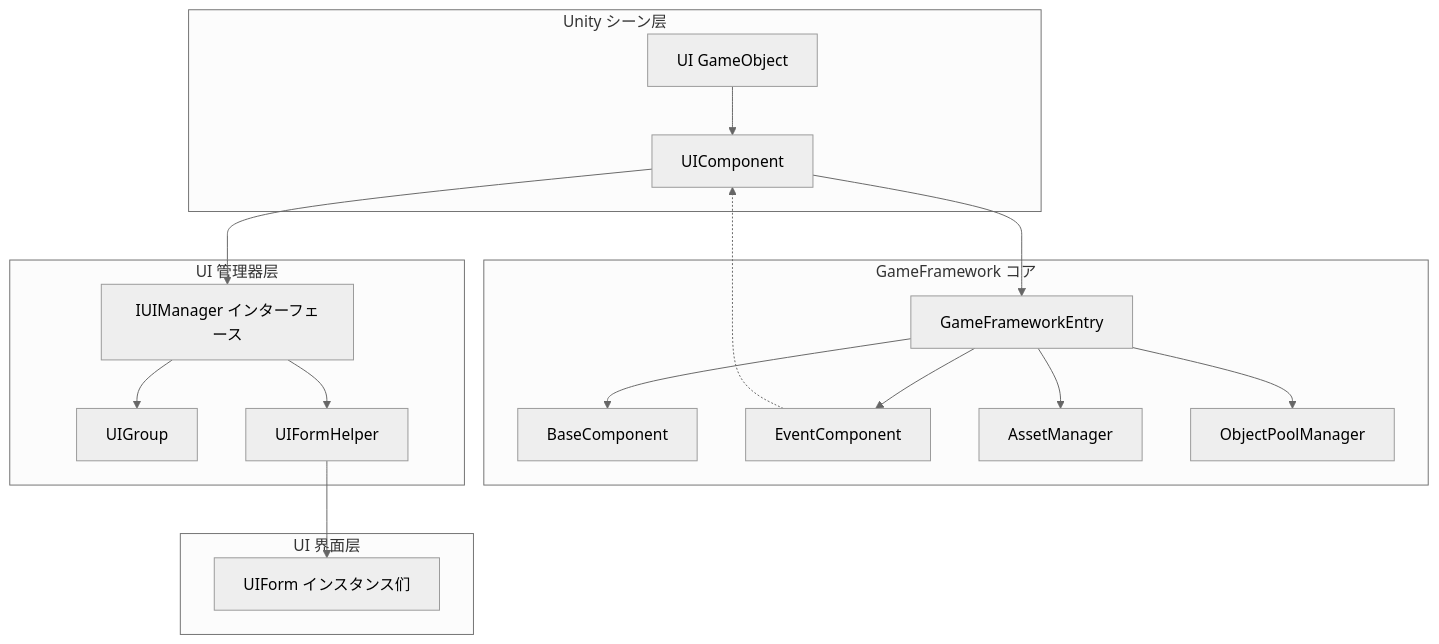
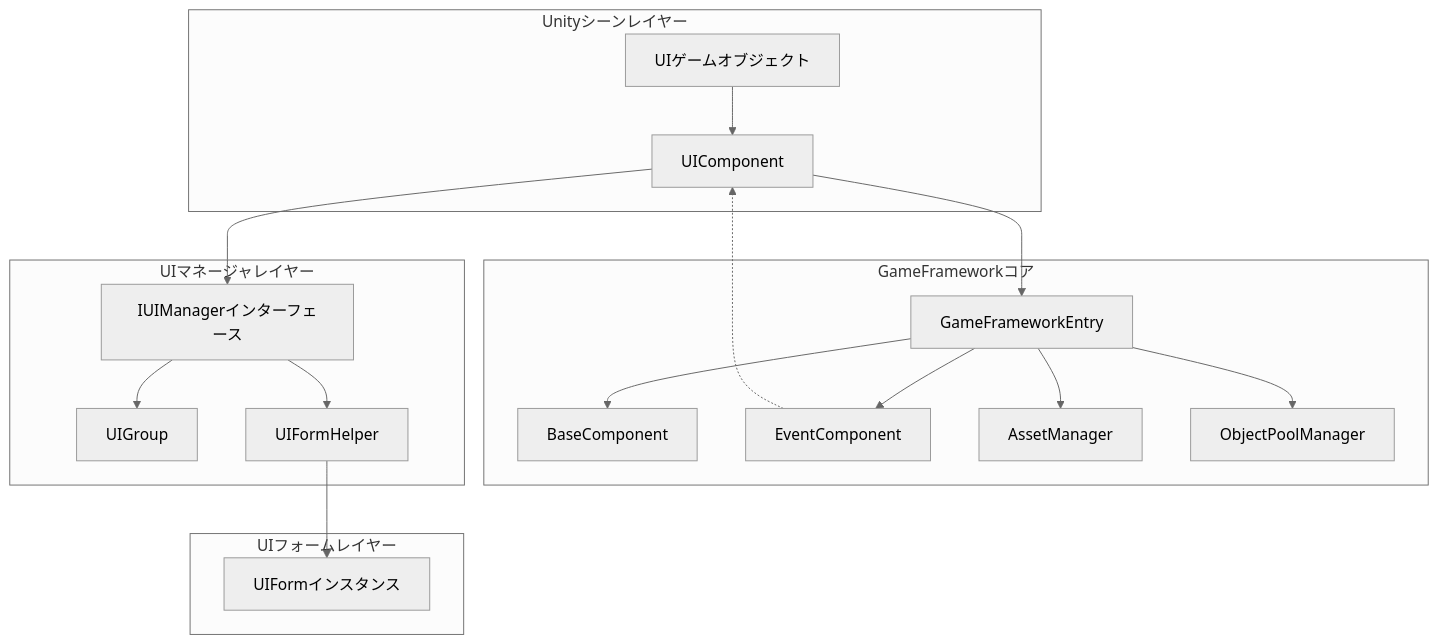
One commit to AlianBlank/GameFrameX.Docs changed the first of 2 diagrams in docs/ja/client/unity/component/ui/11.ui-component-api.md. Above: the diagram before and after it, drawn with Mermaid (neutral theme). The commit also changed other lines of this file and 320 other files, not shown here.

````diff
--- a/docs/ja/client/unity/component/ui/11.ui-component-api.md
+++ b/docs/ja/client/unity/component/ui/11.ui-component-api.md
@@ -21,37 +21,37 @@
 ```mermaid
 graph TD
-    subgraph Unity["Unity シーン层"]
-        GameObject[UI GameObject]
+    subgraph Unity["Unityシーンレイヤー"]
+        GameObject[UIゲームオブジェクト]
         UC[UIComponent]
     end
-    
-    subgraph Core["GameFramework コア"]
+
+    subgraph Core["GameFrameworkコア"]
         GFEntry[GameFrameworkEntry]
         BM[BaseComponent]
         EM[EventComponent]
         AM[AssetManager]
         OPM[ObjectPoolManager]
     end
-    
-    subgraph UIManager["UI 管理器层"]
-        IUIM[IUIManager インターフェース]
+
+    subgraph UIManager["UIマネージャレイヤー"]
+        IUIM[IUIManagerインターフェース]
         UIGF[UIGroup]
         UIH[UIFormHelper]
     end
-    
-    subgraph UIForms["UI 界面层"]
-        Forms[UIForm インスタンス们]
+
+    subgraph UIForms["UIフォームレイヤー"]
+        Forms[UIFormインスタンス]
     end
-    
+
     GameObject --> UC
     UC --> GFEntry
     GFEntry --> BM
     GFEntry --> EM
     GFEntry --> AM
     GFEntry --> OPM
     UC --> IUIM
     IUIM --> UIGF
     IUIM --> UIH
     UIH --> Forms
     EM -.-> UC
 ```
````
